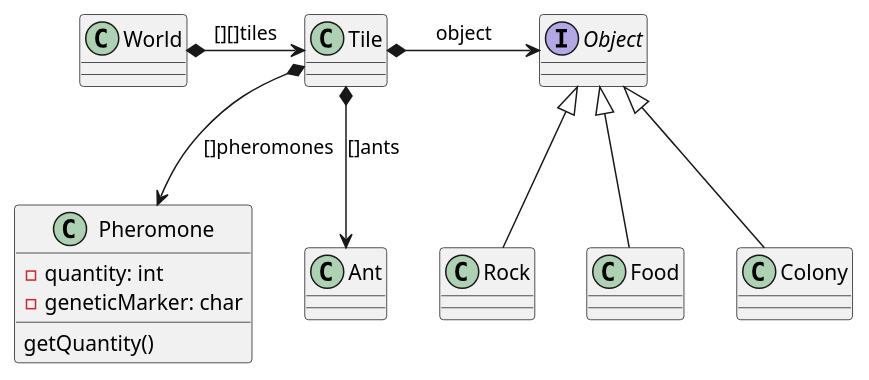
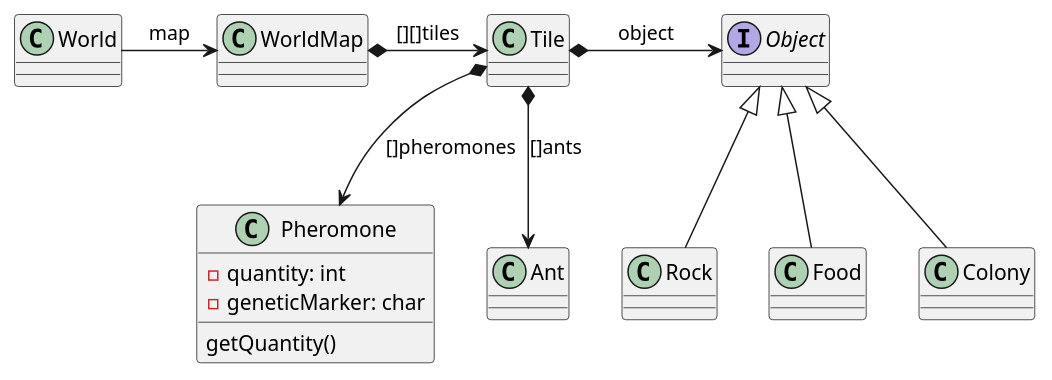
The diagram in uml/world.puml (LEBOCQTitouan/ant-project-c-), drawn with PlantUML before and after one commit. The commit also changed 9 other files, not shown here.

```diff
--- a/uml/world.puml
+++ b/uml/world.puml
@@ -1,40 +1,42 @@
 @startuml
 
 
 
 class World {
 
 
 }
 
 
 interface Object {
 
 }
 
 class Tile {
 
 }
 
 class Pheromone {
     - quantity: int
     - geneticMarker: char
     getQuantity()
 }
 
+class WorldMap
+
 
 Object <|-- Rock
 Object <|-- Food
 Object <|-- Colony
 
-
-World *-> Tile : [][]tiles
+World -> WorldMap : map
+WorldMap *-> Tile : [][]tiles
 Tile *-> Object : object
 Tile *--> Ant : []ants
 Tile *--> Pheromone : []pheromones
 
 
 
 
 
 @enduml
```
